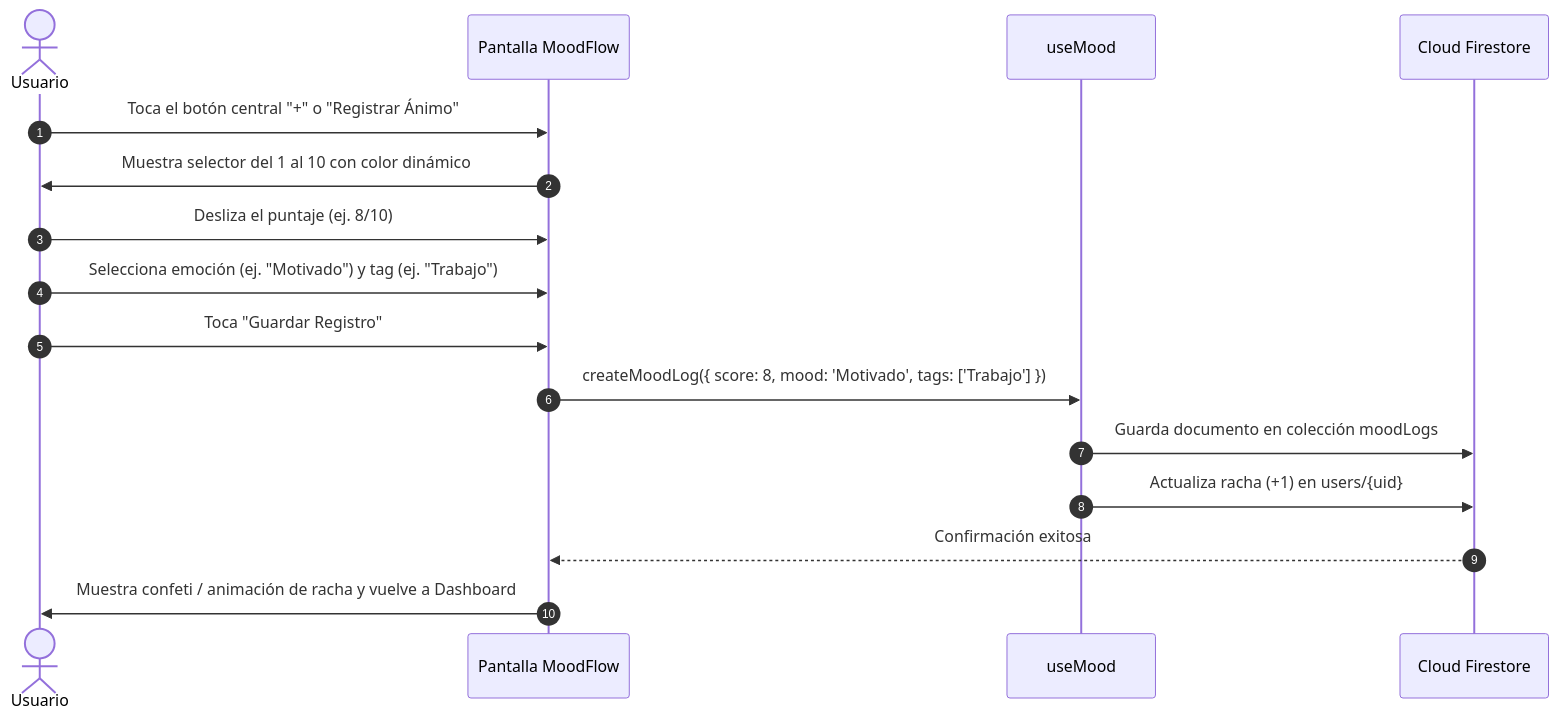
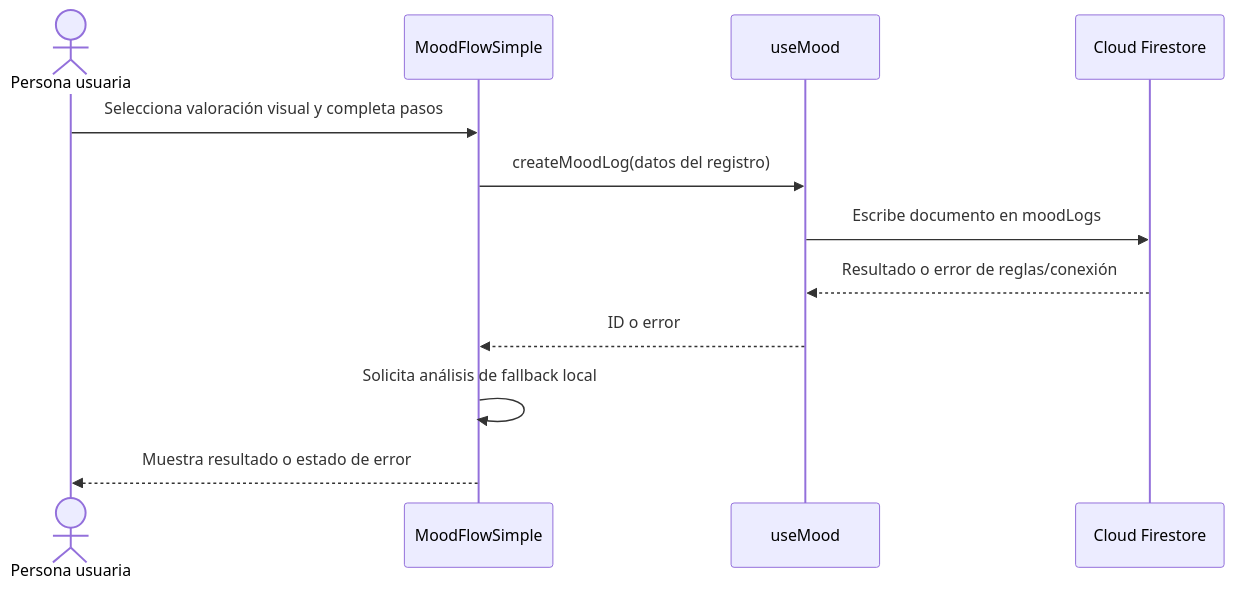
One commit to axyra-app/Mood_Log_App changed the first of 5 diagrams in docs/product/user-flows.md. Above: the diagram before and after it, drawn with Mermaid. The commit also changed other lines of this file and 27 other files, not shown here.

Commit message:
docs: consolidate product and biometric roadmap

````diff
--- a/docs/product/user-flows.md
+++ b/docs/product/user-flows.md
@@ -11,19 +9,15 @@
 ```mermaid
 sequenceDiagram
-    autonumber
-    actor U as Usuario
-    participant UI as Pantalla MoodFlow
+    actor P as Persona usuaria
+    participant UI as MoodFlowSimple
     participant Hook as useMood
-    participant DB as Cloud Firestore
+    participant FS as Cloud Firestore
 
-    U->>UI: Toca el botón central "+" o "Registrar Ánimo"
-    UI->>U: Muestra selector del 1 al 10 con color dinámico
-    U->>UI: Desliza el puntaje (ej. 8/10)
-    U->>UI: Selecciona emoción (ej. "Motivado") y tag (ej. "Trabajo")
-    U->>UI: Toca "Guardar Registro"
-    UI->>Hook: createMoodLog({ score: 8, mood: 'Motivado', tags: ['Trabajo'] })
-    Hook->>DB: Guarda documento en colección moodLogs
-    Hook->>DB: Actualiza racha (+1) en users/{uid}
-    DB-->>UI: Confirmación exitosa
-    UI->>U: Muestra confeti / animación de racha y vuelve a Dashboard
+    P->>UI: Selecciona valoración visual y completa pasos
+    UI->>Hook: createMoodLog(datos del registro)
+    Hook->>FS: Escribe documento en moodLogs
+    FS-->>Hook: Resultado o error de reglas/conexión
+    Hook-->>UI: ID o error
+    UI->>UI: Solicita análisis de fallback local
+    UI-->>P: Muestra resultado o estado de error
 ```
````
